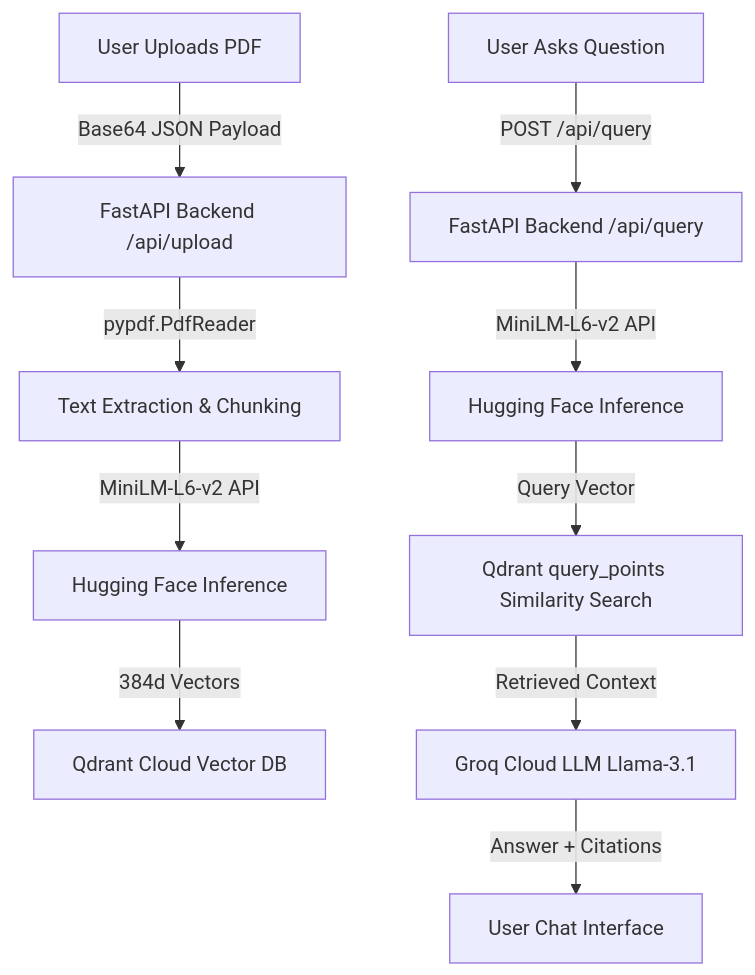
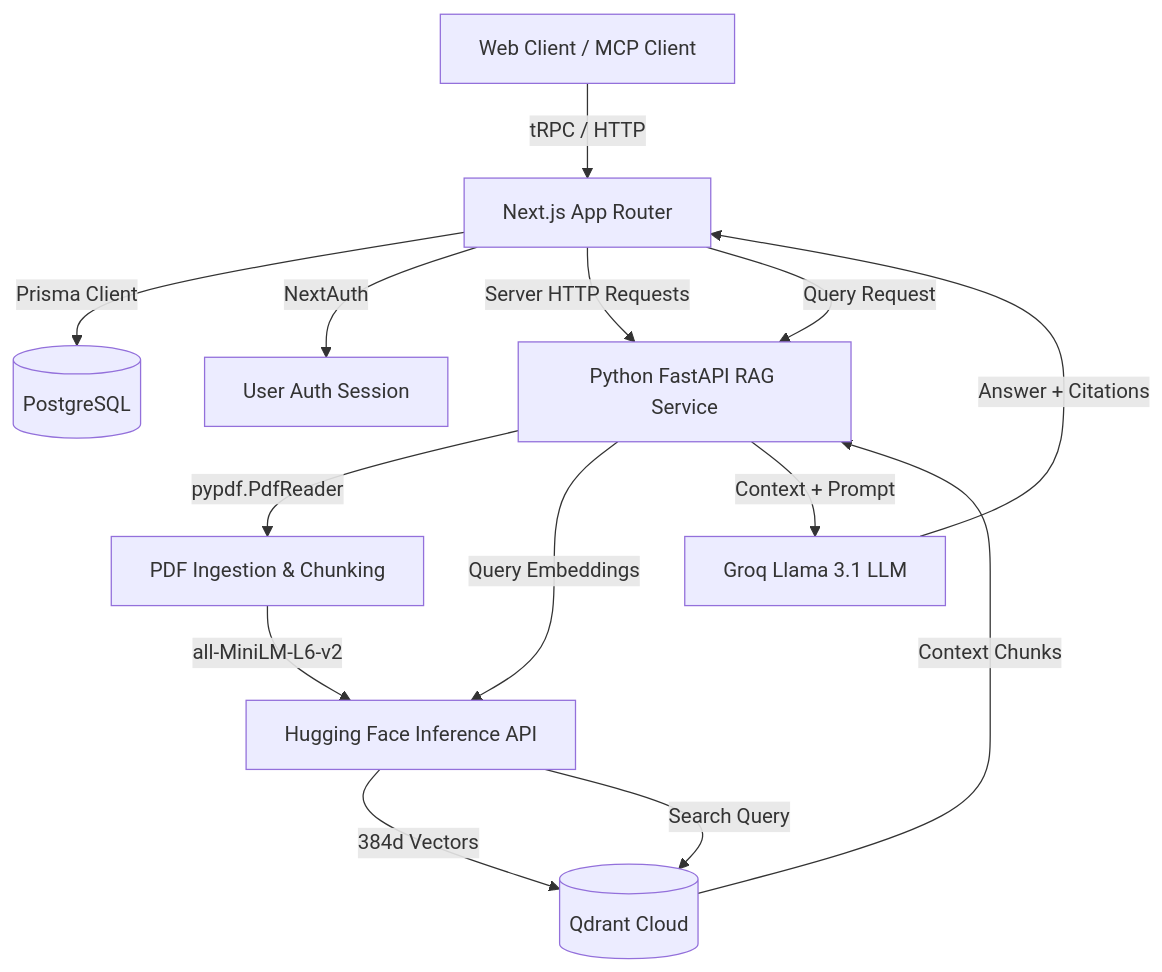
Before and after one commit to Vedant24v/Indus_Mind: the diagram in README.md, drawn with Mermaid. The commit also changed other lines of this file and 82 other files, not shown here.

Commit message:
Refactor: Switch to Next.js 15 App Router, tRPC, PostgreSQL, and project-scoped Qdrant RAG. Add MCP server and Docker configs

````diff
--- a/README.md
+++ b/README.md
@@ -21,13 +24,18 @@
 ```mermaid
 graph TD
-    A[User Uploads PDF] -->|Base64 JSON Payload| B[FastAPI Backend /api/upload]
-    B -->|pypdf.PdfReader| C[Text Extraction & Chunking]
-    C -->|MiniLM-L6-v2 API| D[Hugging Face Inference]
-    D -->|384d Vectors| E[Qdrant Cloud Vector DB]
+    User[Web Client / MCP Client] -->|tRPC / HTTP| NextJS[Next.js App Router]
+    NextJS -->|Prisma Client| Postgres[(PostgreSQL)]
+    NextJS -->|NextAuth| Session[User Auth Session]
+    NextJS -->|Server HTTP Requests| PyService[Python FastAPI RAG Service]
     
-    F[User Asks Question] -->|POST /api/query| G[FastAPI Backend /api/query]
-    G -->|MiniLM-L6-v2 API| H[Hugging Face Inference]
-    H -->|Query Vector| I[Qdrant query_points Similarity Search]
-    I -->|Retrieved Context| J[Groq Cloud LLM Llama-3.1]
-    J -->|Answer + Citations| K[User Chat Interface]
+    PyService -->|pypdf.PdfReader| PDF[PDF Ingestion & Chunking]
+    PDF -->|all-MiniLM-L6-v2| HF[Hugging Face Inference API]
+    HF -->|384d Vectors| Qdrant[(Qdrant Cloud)]
+    
+    NextJS -->|Query Request| PyService
+    PyService -->|Query Embeddings| HF
+    HF -->|Search Query| Qdrant
+    Qdrant -->|Context Chunks| PyService
+    PyService -->|Context + Prompt| Groq[Groq Llama 3.1 LLM]
+    Groq -->|Answer + Citations| NextJS
 ```
````
